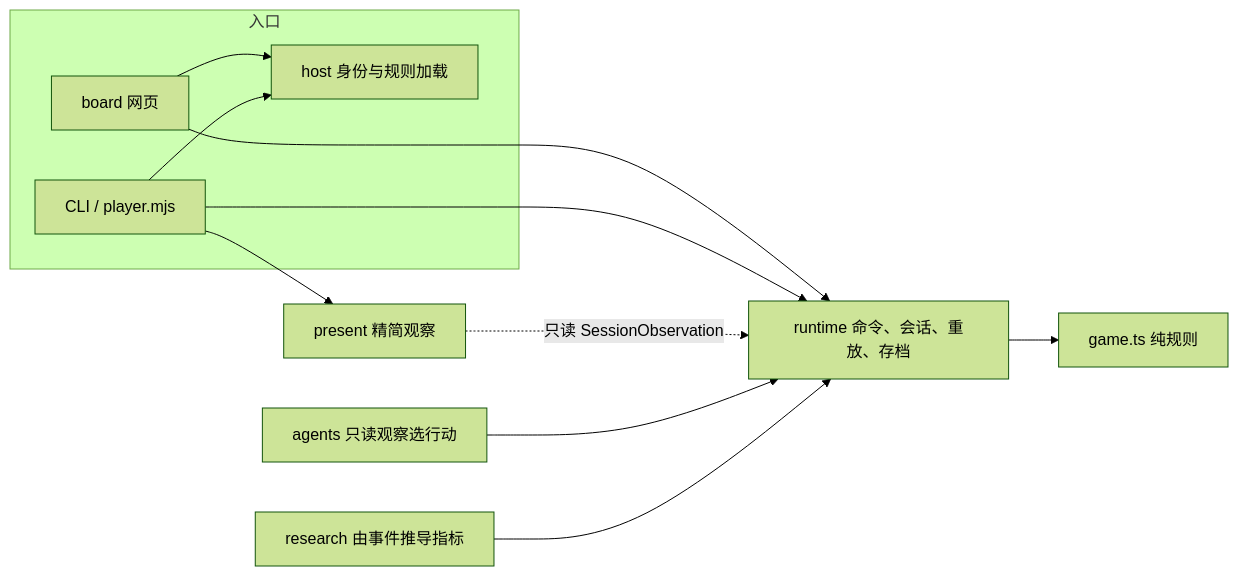
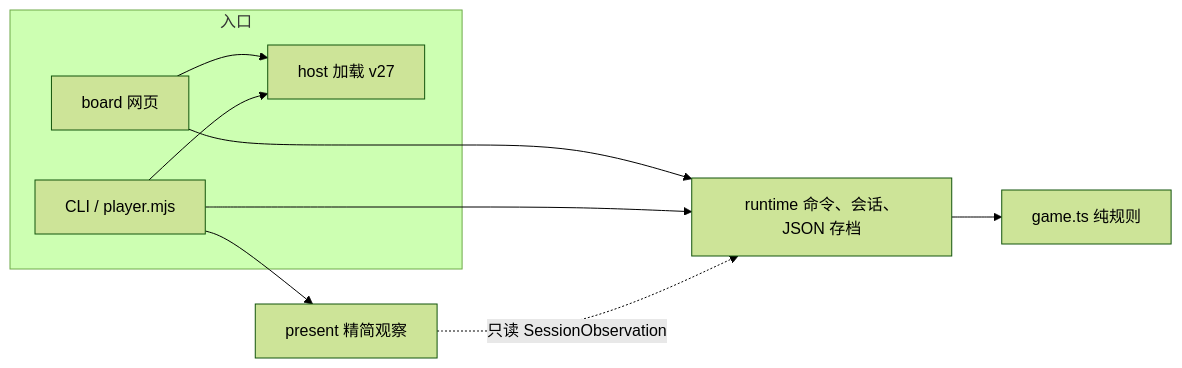
The second of 3 diagrams in docs/SYSTEM_OVERVIEW.md (lemon08x/civilization-mini), drawn with Mermaid (forest theme) before and after one commit. The commit also changed other lines of this file and 367 other files, not shown here.

Commit message:
chore: keep only v27, drop research agents archives and replay

````diff
--- a/docs/SYSTEM_OVERVIEW.md
+++ b/docs/SYSTEM_OVERVIEW.md
@@ -102,23 +102,19 @@
 ```mermaid
 flowchart LR
   subgraph 入口
     Board[board 网页]
     CLI[CLI / player.mjs]
-    Host[host 身份与规则加载]
+    Host[host 加载 v27]
   end
   Present[present 精简观察]
-  Runtime[runtime 命令、会话、重放、存档]
+  Runtime[runtime 命令、会话、JSON 存档]
   Game[game.ts 纯规则]
-  Agents[agents 只读观察选行动]
-  Research[research 由事件推导指标]
 
   Board --> Host
   CLI --> Host
   Board --> Runtime
   CLI --> Runtime
   CLI --> Present
   Present -.->|只读 SessionObservation| Runtime
   Runtime --> Game
-  Agents --> Runtime
-  Research --> Runtime
 ```
````
